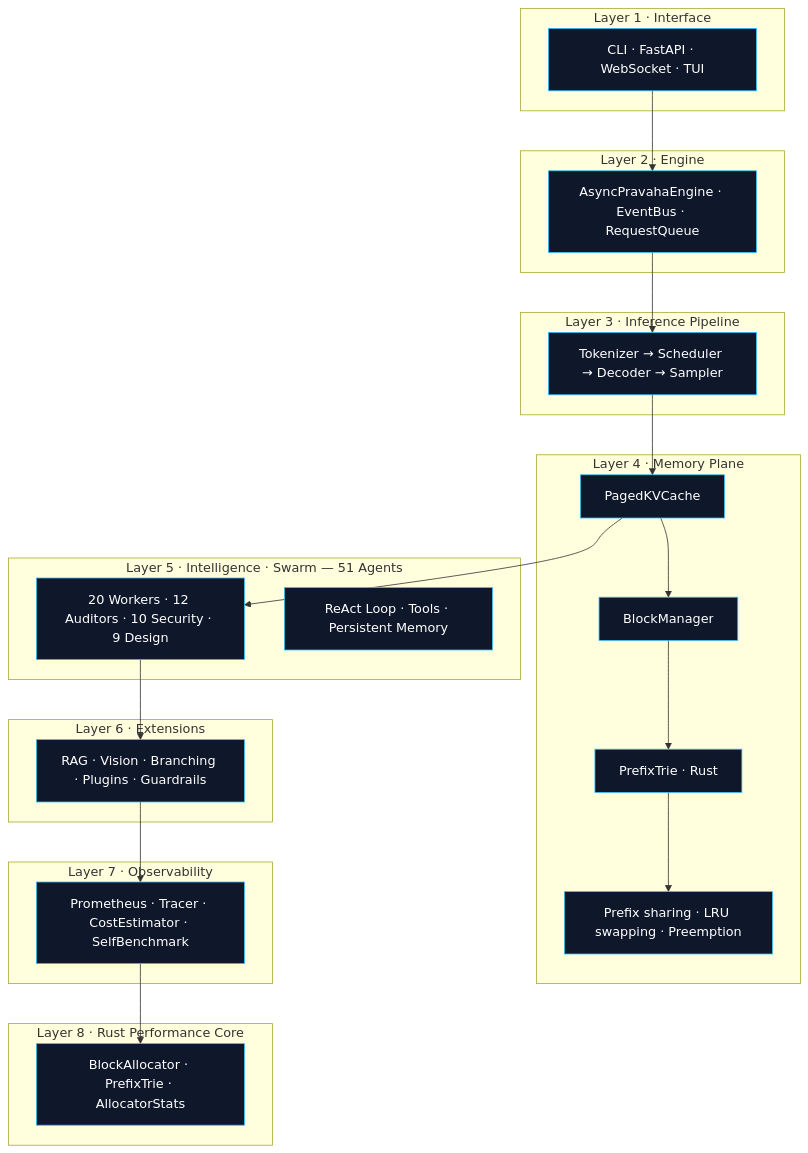
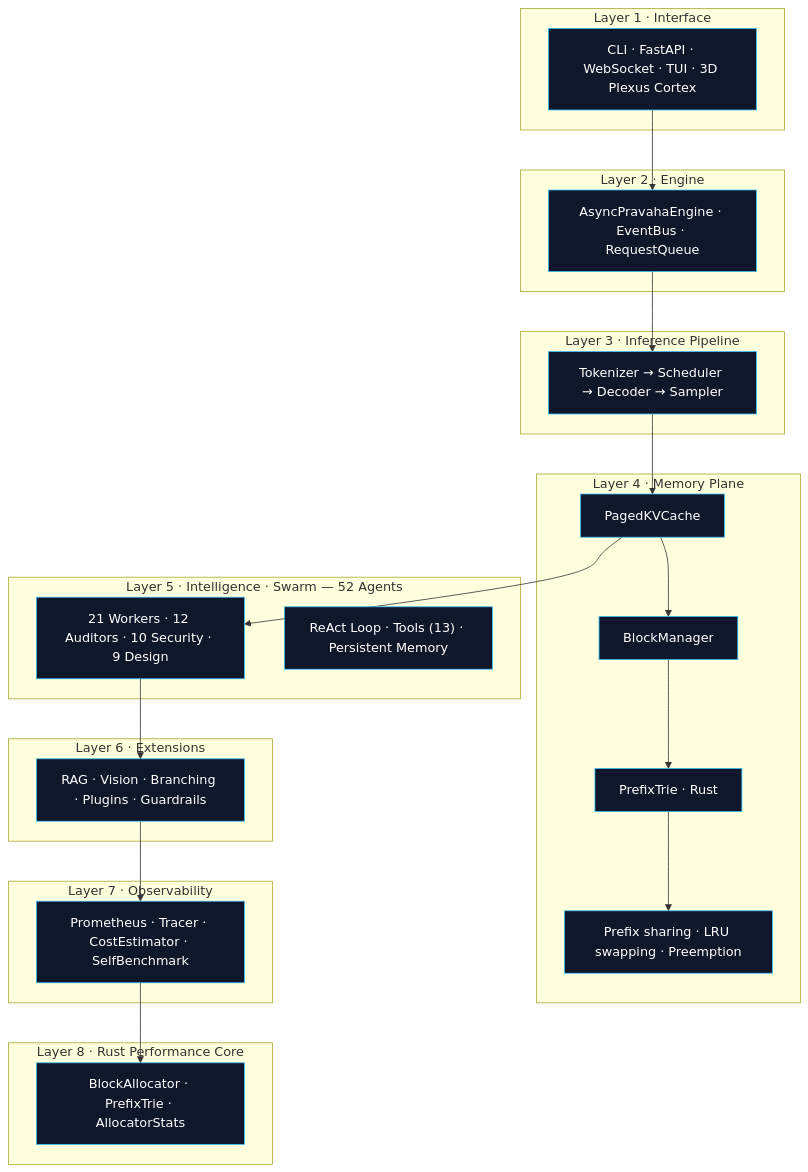
Before and after one commit to Eternalcodertanishq3/pravaha: the second of 2 diagrams in README.md, drawn with Mermaid. The commit also changed other lines of this file and 20 other files, not shown here.

Commit message:
docs: audit and update documentation to reflect 52-agent swarm, 13 tools, and WebGL visualizer

````diff
--- a/README.md
+++ b/README.md
@@ -168,45 +169,45 @@
 ```mermaid
 %%{init: {'flowchart': {'curve': 'basis'}}}%%
 flowchart TB
   subgraph L1["Layer 1 · Interface"]
-    A1["CLI · FastAPI · WebSocket · TUI"]
+    A1["CLI · FastAPI · WebSocket · TUI · 3D Plexus Cortex"]
   end
 
   subgraph L2["Layer 2 · Engine"]
     A2["AsyncPravahaEngine · EventBus · RequestQueue"]
   end
 
   subgraph L3["Layer 3 · Inference Pipeline"]
     A3["Tokenizer → Scheduler → Decoder → Sampler"]
   end
 
   subgraph L4["Layer 4 · Memory Plane"]
     A4["PagedKVCache"]
     A5["BlockManager"]
     A6["PrefixTrie · Rust"]
     A7["Prefix sharing · LRU swapping · Preemption"]
     A4 --> A5 --> A6 --> A7
   end
 
-  subgraph L5["Layer 5 · Intelligence · Swarm — 51 Agents"]
-    A8["20 Workers · 12 Auditors · 10 Security · 9 Design"]
-    A9["ReAct Loop · Tools · Persistent Memory"]
+  subgraph L5["Layer 5 · Intelligence · Swarm — 52 Agents"]
+    A8["21 Workers · 12 Auditors · 10 Security · 9 Design"]
+    A9["ReAct Loop · Tools (13) · Persistent Memory"]
   end
 
   subgraph L6["Layer 6 · Extensions"]
     A10["RAG · Vision · Branching · Plugins · Guardrails"]
   end
 
   subgraph L7["Layer 7 · Observability"]
     A11["Prometheus · Tracer · CostEstimator · SelfBenchmark"]
   end
 
   subgraph L8["Layer 8 · Rust Performance Core"]
     A12["BlockAllocator · PrefixTrie · AllocatorStats"]
   end
 
   A1 --> A2 --> A3 --> A4 --> A8 --> A10 --> A11 --> A12
 
   classDef cyber fill:#0f172a,stroke:#38bdf8,color:#ffffff,stroke-width:1px;
   class A1,A2,A3,A4,A5,A6,A7,A8,A9,A10,A11,A12 cyber;
 ```
````
